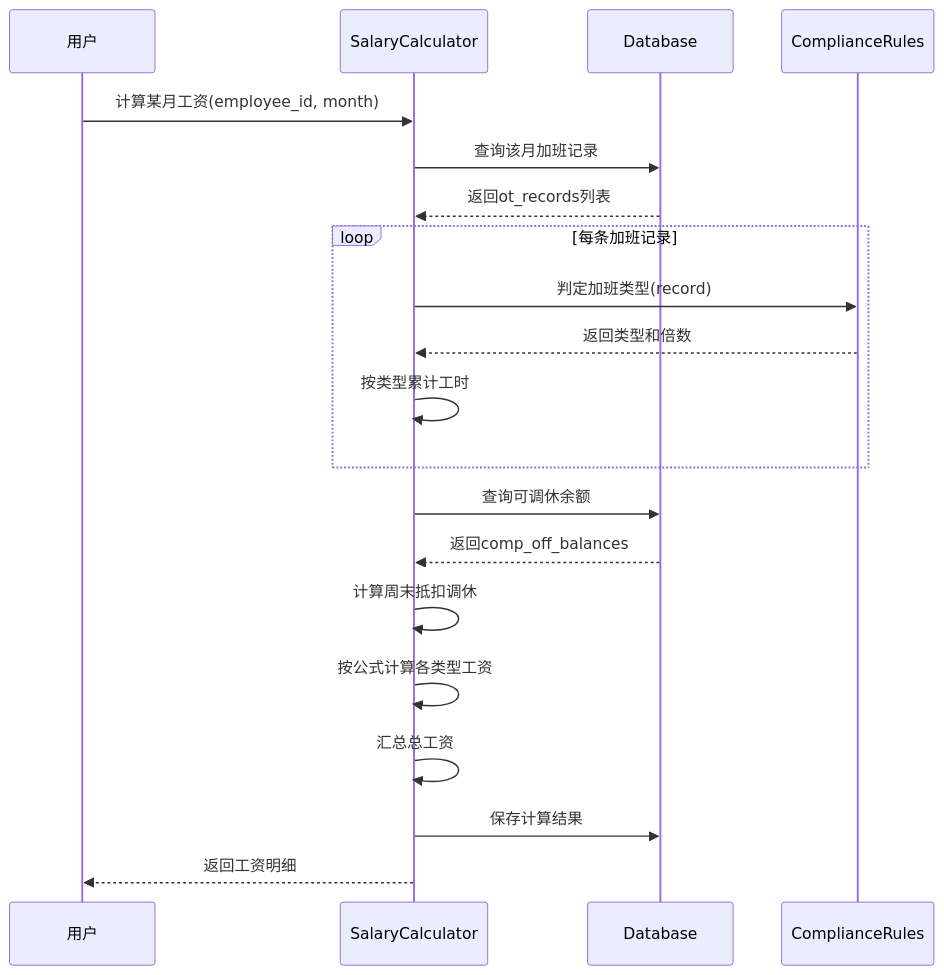
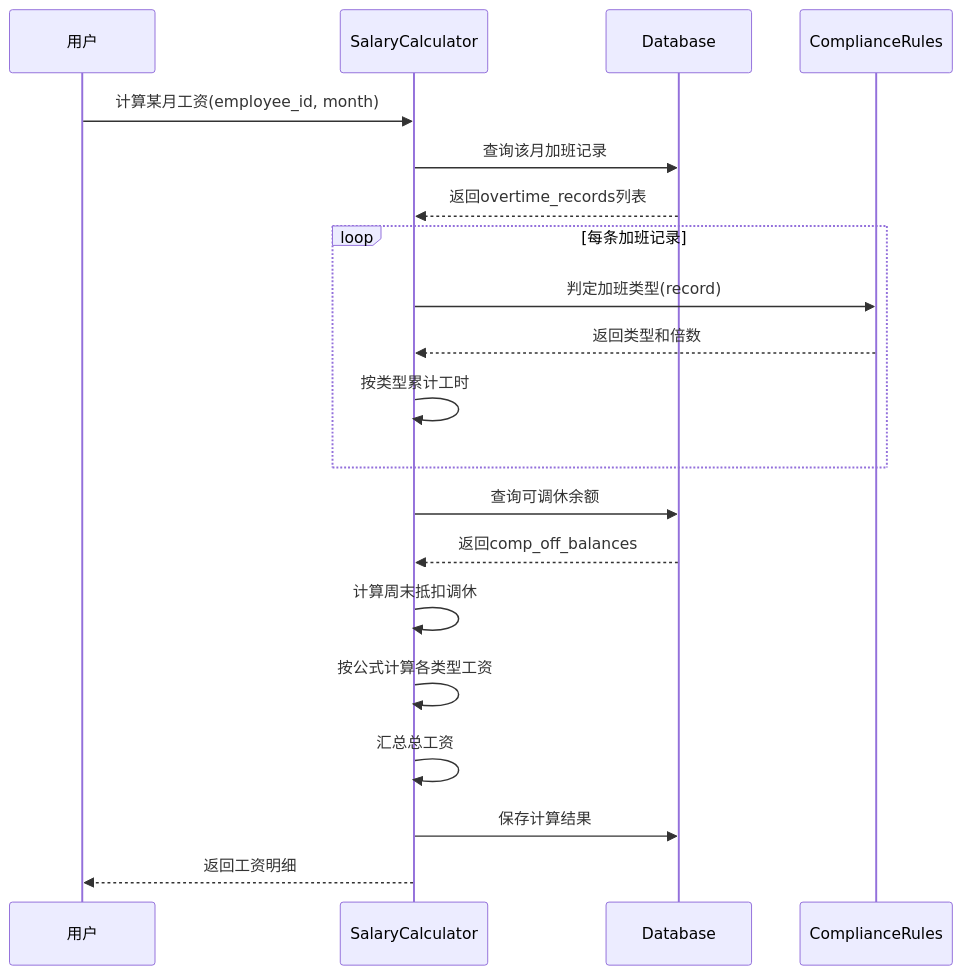
One commit to liushuo-rance/cal_worktree_test changed the second of 3 diagrams in docs/09-compliance-rules.md. Above: the diagram before and after it, drawn with Mermaid. The commit also changed other lines of this file and 71 other files, not shown here.

````diff
--- a/docs/09-compliance-rules.md
+++ b/docs/09-compliance-rules.md
@@ -236,27 +236,27 @@
 ```mermaid
 sequenceDiagram
     participant U as 用户
     participant S as SalaryCalculator
     participant DB as Database
     participant R as ComplianceRules
 
     U->>S: 计算某月工资(employee_id, month)
     S->>DB: 查询该月加班记录
-    DB-->>S: 返回ot_records列表
+    DB-->>S: 返回overtime_records列表
     
     loop 每条加班记录
         S->>R: 判定加班类型(record)
         R-->>S: 返回类型和倍数
         S->>S: 按类型累计工时
     end
     
     S->>DB: 查询可调休余额
     DB-->>S: 返回comp_off_balances
     
     S->>S: 计算周末抵扣调休
     S->>S: 按公式计算各类型工资
     S->>S: 汇总总工资
     
     S->>DB: 保存计算结果
     S-->>U: 返回工资明细
 ```
````
